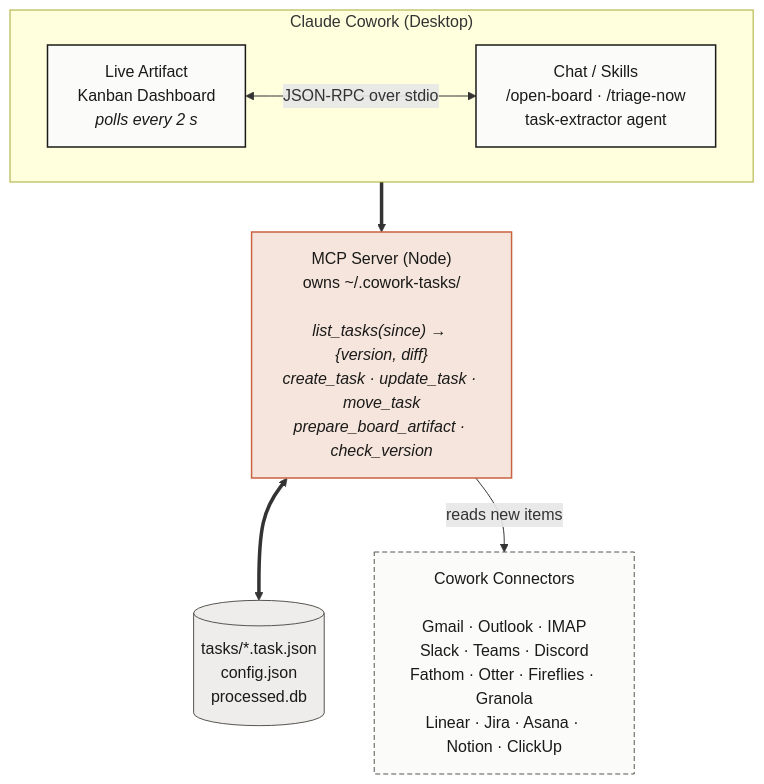
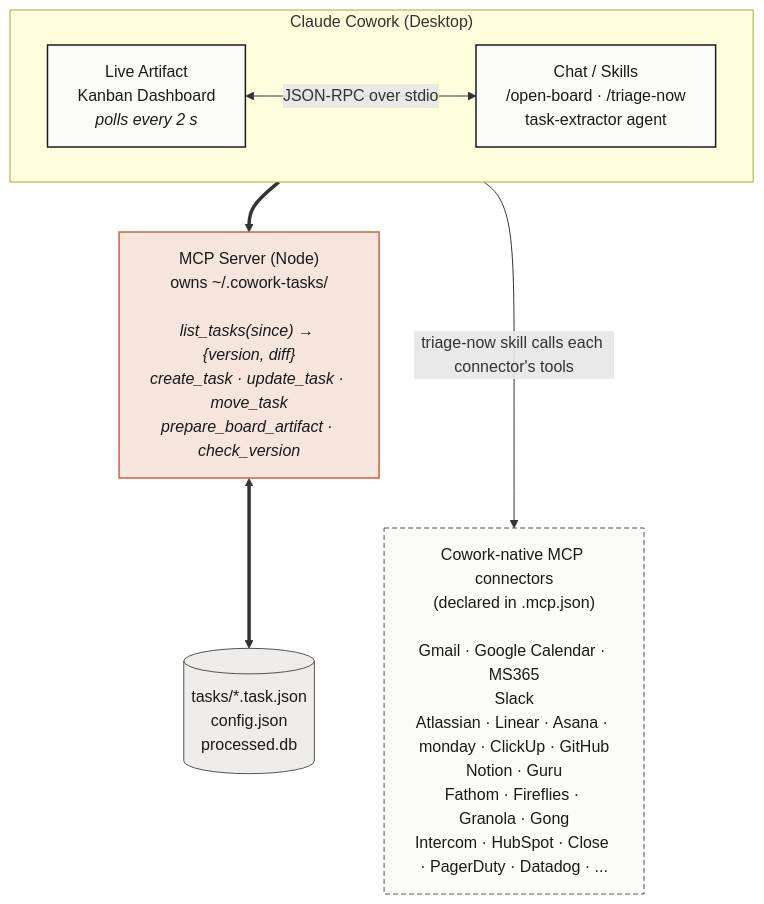
Before and after one commit to sabbah13/cowork-tasks: the diagram in README.md, drawn with Mermaid. The commit also changed other lines of this file and 64 other files, not shown here.

First line of the commit message:
chore: drop custom-connector cruft, align docs on Cowork-native MCP (#38)

````diff
--- a/README.md
+++ b/README.md
@@ -120,28 +130,28 @@
 ```mermaid
 flowchart TB
     subgraph Cowork["Claude Cowork (Desktop)"]
         Artifact["Live Artifact<br/>Kanban Dashboard<br/><i>polls every 2 s</i>"]
         Skills["Chat / Skills<br/>/open-board · /triage-now<br/>task-extractor agent"]
         Artifact <-->|JSON-RPC over stdio| Skills
     end
 
     MCP["MCP Server (Node)<br/>owns ~/.cowork-tasks/<br/><br/><i>list_tasks(since) → {version, diff}</i><br/><i>create_task · update_task · move_task</i><br/><i>prepare_board_artifact · check_version</i>"]
 
     Disk[("tasks/*.task.json<br/>config.json<br/>processed.db")]
 
-    Connectors["Cowork Connectors<br/><br/>Gmail · Outlook · IMAP<br/>Slack · Teams · Discord<br/>Fathom · Otter · Fireflies · Granola<br/>Linear · Jira · Asana · Notion · ClickUp"]
+    Connectors["Cowork-native MCP connectors<br/>(declared in .mcp.json)<br/><br/>Gmail · Google Calendar · MS365<br/>Slack<br/>Atlassian · Linear · Asana · monday · ClickUp · GitHub<br/>Notion · Guru<br/>Fathom · Fireflies · Granola · Gong<br/>Intercom · HubSpot · Close · PagerDuty · Datadog · ..."]
 
     Cowork ==> MCP
     MCP <==> Disk
-    MCP <-.reads new items.- Connectors
+    Cowork <-.triage-now skill calls each connector's tools.- Connectors
 
     classDef cowork fill:#fbfbfa,stroke:#1a1a18,stroke-width:1.5px,color:#1a1a18;
     classDef accent fill:#f6e5dd,stroke:#c96342,stroke-width:1.5px,color:#1a1a18;
     classDef disk fill:#eeedec,stroke:#56554f,stroke-width:1px,color:#1a1a18;
     classDef ext fill:#fbfbfa,stroke:#56554f,stroke-width:1px,stroke-dasharray:5 3,color:#1a1a18;
 
     class Artifact,Skills cowork;
     class MCP accent;
     class Disk disk;
     class Connectors ext;
 ```
````
